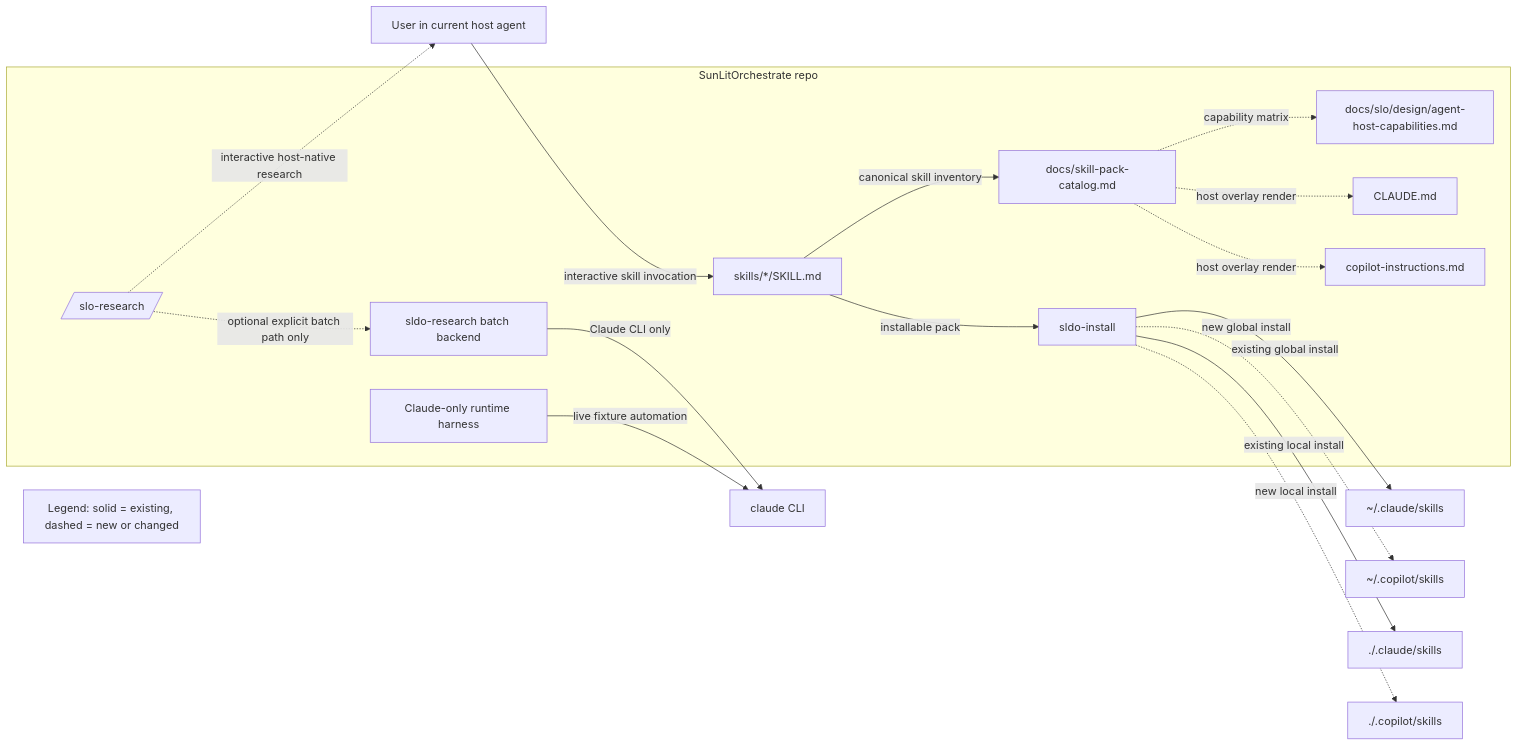
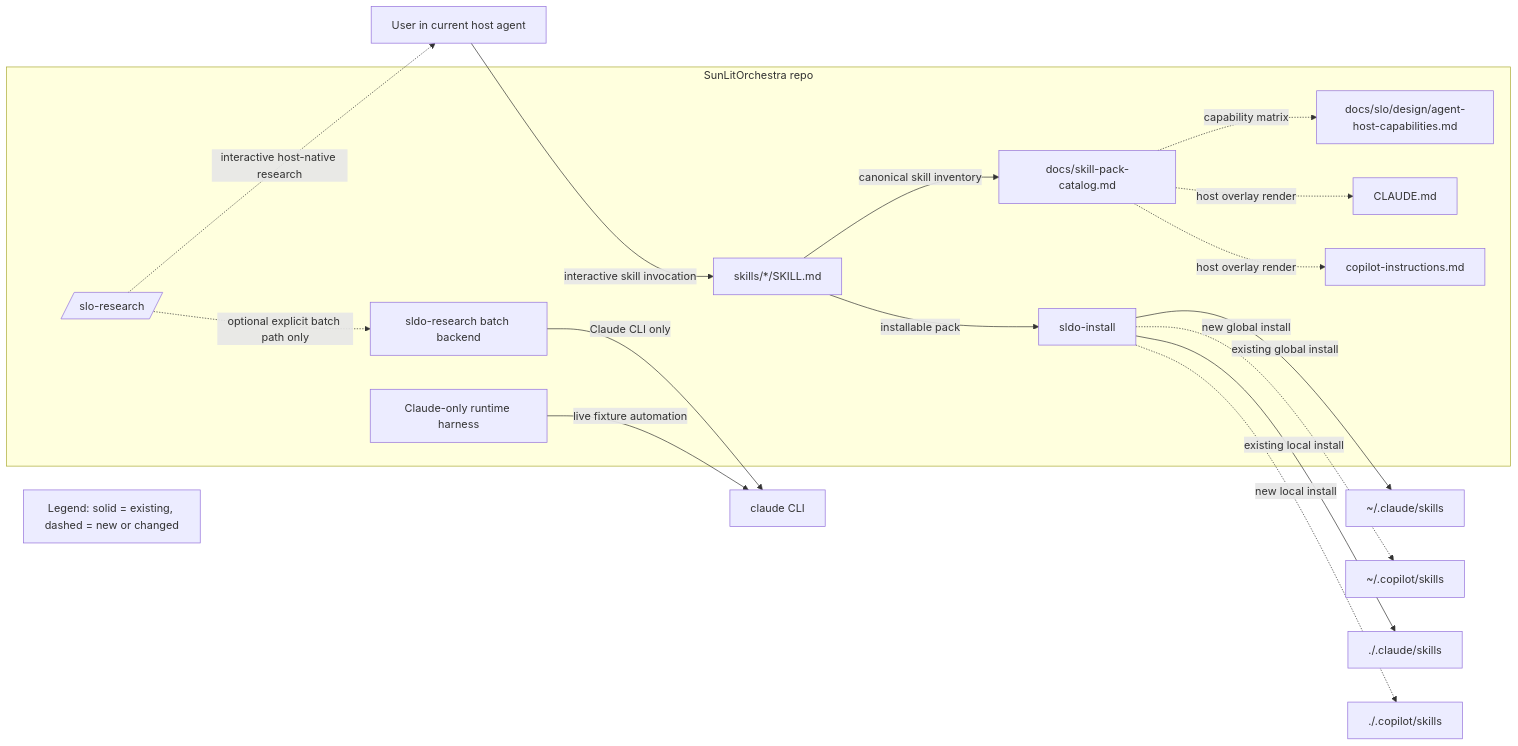
The diagram in docs/slo/completed/RUNBOOK-AGENT-HOST-COMPATIBILITY.md (kerberosmansour/SunLitOrchestra), drawn with Mermaid before and after one commit. The commit also changed other lines of this file and 81 other files, not shown here.

First line of the commit message:
chore: rename to SunLitOrchestra and add crates.io publish metadata

````diff
--- a/docs/slo/completed/RUNBOOK-AGENT-HOST-COMPATIBILITY.md
+++ b/docs/slo/completed/RUNBOOK-AGENT-HOST-COMPATIBILITY.md
@@ -68,35 +68,35 @@
 ```mermaid
 flowchart LR
     User[User in current host agent]
 
-    subgraph Repo[SunLitOrchestrate repo]
+    subgraph Repo[SunLitOrchestra repo]
         Skills[skills/*/SKILL.md]
         Catalog[docs/skill-pack-catalog.md]
         Install[sldo-install]
         Capability[docs/slo/design/agent-host-capabilities.md]
         ClaudeOverlay[CLAUDE.md]
         CopilotOverlay[copilot-instructions.md]
         ResearchSkill[/slo-research/]
         Batch[sldo-research batch backend]
         Runtime[Claude-only runtime harness]
     end
 
     User -->|interactive skill invocation| Skills
     Skills -->|installable pack| Install
     Skills -->|canonical skill inventory| Catalog
     Catalog -.->|host overlay render| ClaudeOverlay
     Catalog -.->|host overlay render| CopilotOverlay
     Catalog -.->|capability matrix| Capability
 
     Install -->|existing global install| ClaudeRoot[~/.claude/skills]
     Install -.->|new global install| CopilotRoot[~/.copilot/skills]
     Install -->|existing local install| LocalClaude[./.claude/skills]
     Install -.->|new local install| LocalCopilot[./.copilot/skills]
 
     ResearchSkill -.->|interactive host-native research| User
     ResearchSkill -.->|optional explicit batch path only| Batch
     Batch -->|Claude CLI only| ClaudeCli[claude CLI]
     Runtime -->|live fixture automation| ClaudeCli
 
     Legend[Legend: solid = existing, dashed = new or changed]
 ```
````
